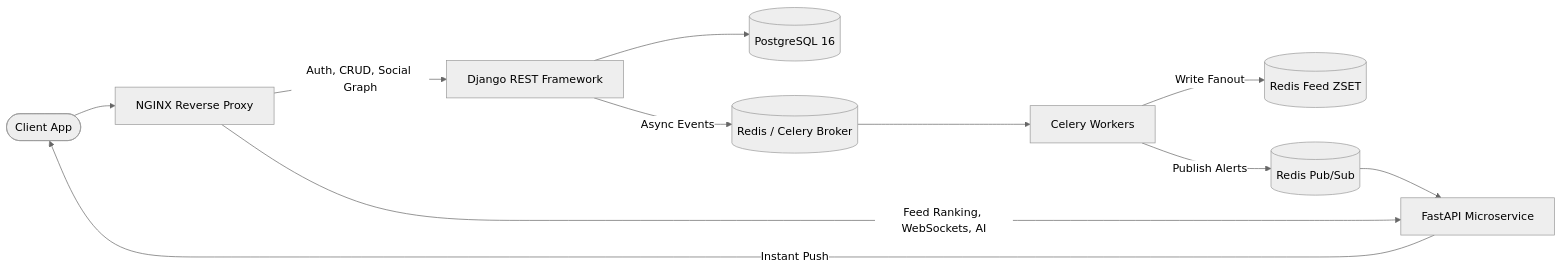
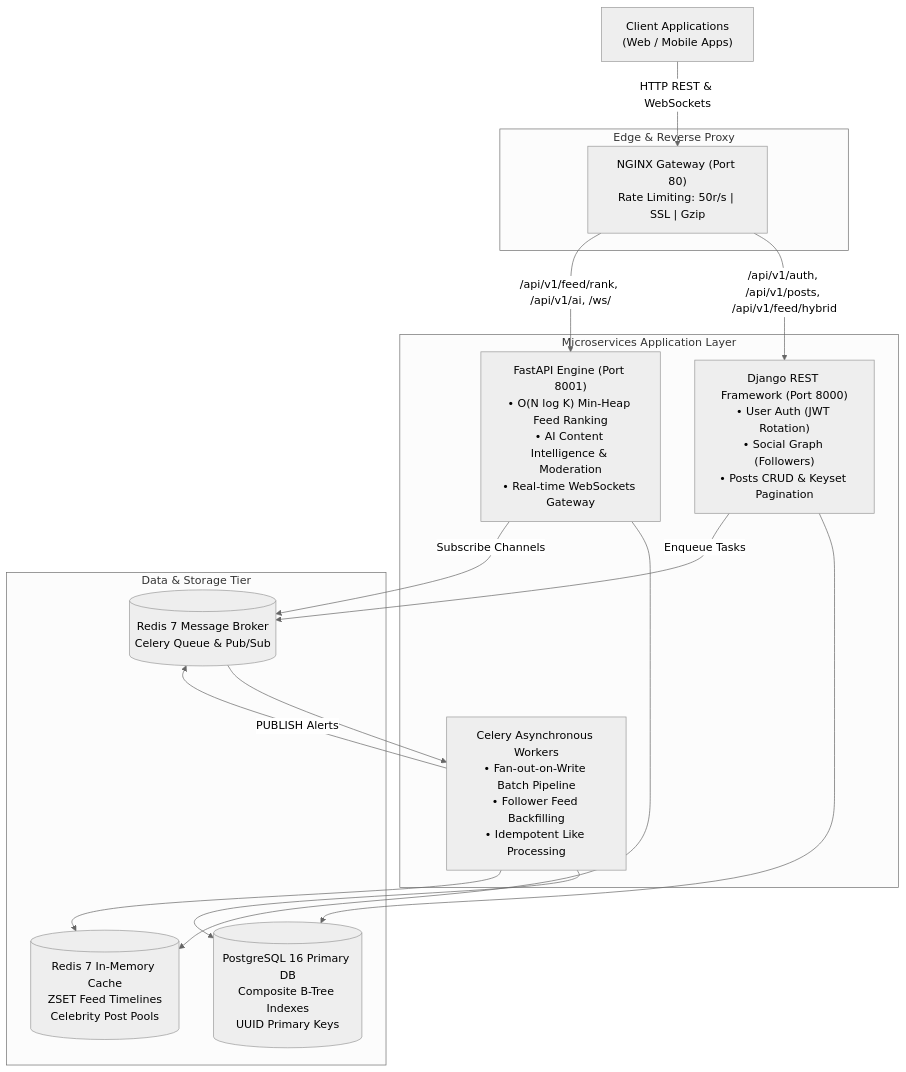
One commit to VimalN2005/socialFeed changed the diagram in README.md. Above: the diagram before and after it, drawn with Mermaid (neutral theme). The commit also changed other lines of this file and 2 other files, not shown here.

Commit message:
ci(infra): add github actions workflow, production nginx reverse proxy, and ultimate readme showcase

````diff
--- a/README.md
+++ b/README.md
@@ -18,16 +21,34 @@
 ```mermaid
-flowchart LR
-    Client([Client App]) --> NGINX[NGINX Reverse Proxy]
-    NGINX -->|Auth, CRUD, Social Graph| DRF[Django REST Framework]
-    NGINX -->|Feed Ranking, WebSockets, AI| FastAPI[FastAPI Microservice]
-    
-    DRF --> Postgres[(PostgreSQL 16)]
-    DRF -->|Async Events| RedisQueue[(Redis / Celery Broker)]
-    
-    RedisQueue --> Celery[Celery Workers]
-    Celery -->|Write Fanout| RedisCache[(Redis Feed ZSET)]
-    Celery -->|Publish Alerts| RedisPubSub[(Redis Pub/Sub)]
-    
-    RedisPubSub --> FastAPI
-    FastAPI -->|Instant Push| Client
+flowchart TD
+    Client["Client Applications<br/>(Web / Mobile Apps)"]
+
+    subgraph Edge ["Edge & Reverse Proxy"]
+        NGINX["NGINX Gateway (Port 80)<br/>Rate Limiting: 50r/s | SSL | Gzip"]
+    end
+
+    subgraph AppLayer ["Microservices Application Layer"]
+        DRF["Django REST Framework (Port 8000)<br/>• User Auth (JWT Rotation)<br/>• Social Graph (Followers)<br/>• Posts CRUD & Keyset Pagination"]
+        FastAPI["FastAPI Engine (Port 8001)<br/>• O(N log K) Min-Heap Feed Ranking<br/>• AI Content Intelligence & Moderation<br/>• Real-time WebSockets Gateway"]
+        CeleryWorker["Celery Asynchronous Workers<br/>• Fan-out-on-Write Batch Pipeline<br/>• Follower Feed Backfilling<br/>• Idempotent Like Processing"]
+    end
+
+    subgraph DataLayer ["Data & Storage Tier"]
+        Postgres[("PostgreSQL 16 Primary DB<br/>Composite B-Tree Indexes<br/>UUID Primary Keys")]
+        RedisCache[("Redis 7 In-Memory Cache<br/>ZSET Feed Timelines<br/>Celebrity Post Pools")]
+        RedisBroker[("Redis 7 Message Broker<br/>Celery Queue & Pub/Sub")]
+    end
+
+    Client -->|HTTP REST & WebSockets| NGINX
+    NGINX -->|/api/v1/auth, /api/v1/posts, /api/v1/feed/hybrid| DRF
+    NGINX -->|/api/v1/feed/rank, /api/v1/ai, /ws/| FastAPI
+
+    DRF --> Postgres
+    DRF -->|Enqueue Tasks| RedisBroker
+    FastAPI --> RedisCache
+    FastAPI -->|Subscribe Channels| RedisBroker
+
+    RedisBroker --> CeleryWorker
+    CeleryWorker --> Postgres
+    CeleryWorker --> RedisCache
+    CeleryWorker -->|PUBLISH Alerts| RedisBroker
 ```
````
